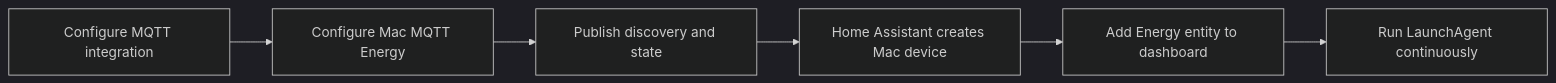
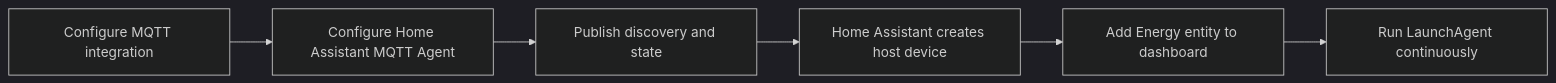
Before and after one commit to marcomc/ha-mqtt-agent: the diagram in docs/home-assistant-setup.md, drawn with Mermaid (dark theme). The commit also changed other lines of this file and 23 other files, not shown here.

First line of the commit message:
Rename project from mac-mqtt-energy to ha-mqtt-agent and refactor related components

````diff
--- a/docs/home-assistant-setup.md
+++ b/docs/home-assistant-setup.md
@@ -23,10 +23,10 @@
 ```mermaid
 flowchart LR
   accTitle: Home Assistant setup flow
   accDescr: Shows the setup path from MQTT integration to Energy dashboard.
-  mqtt["Configure MQTT integration"] --> config["Configure Mac MQTT Energy"]
+  mqtt["Configure MQTT integration"] --> config["Configure Home Assistant MQTT Agent"]
   config --> publish["Publish discovery and state"]
-  publish --> device["Home Assistant creates Mac device"]
+  publish --> device["Home Assistant creates host device"]
   device --> energy["Add Energy entity to dashboard"]
   energy --> agent["Run LaunchAgent continuously"]
 ```
````
